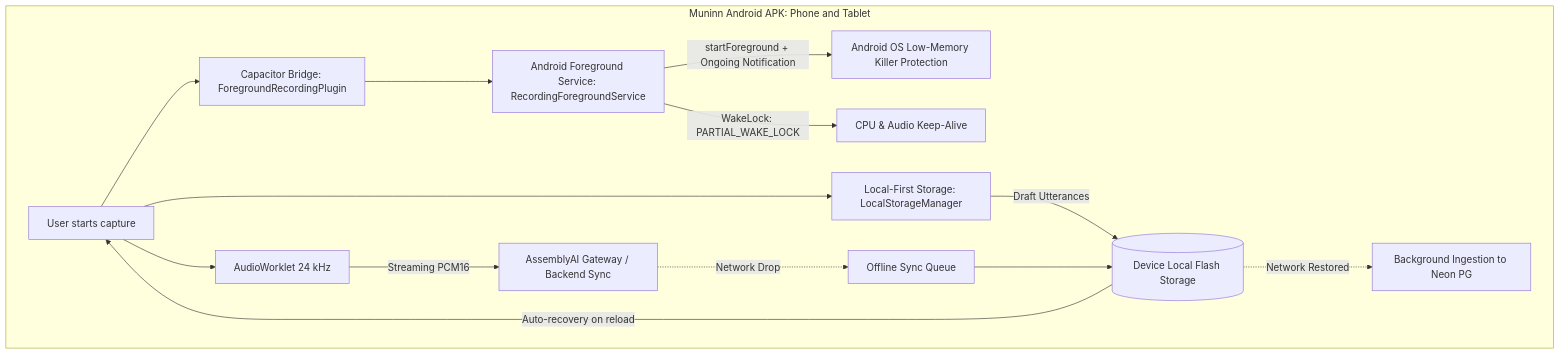
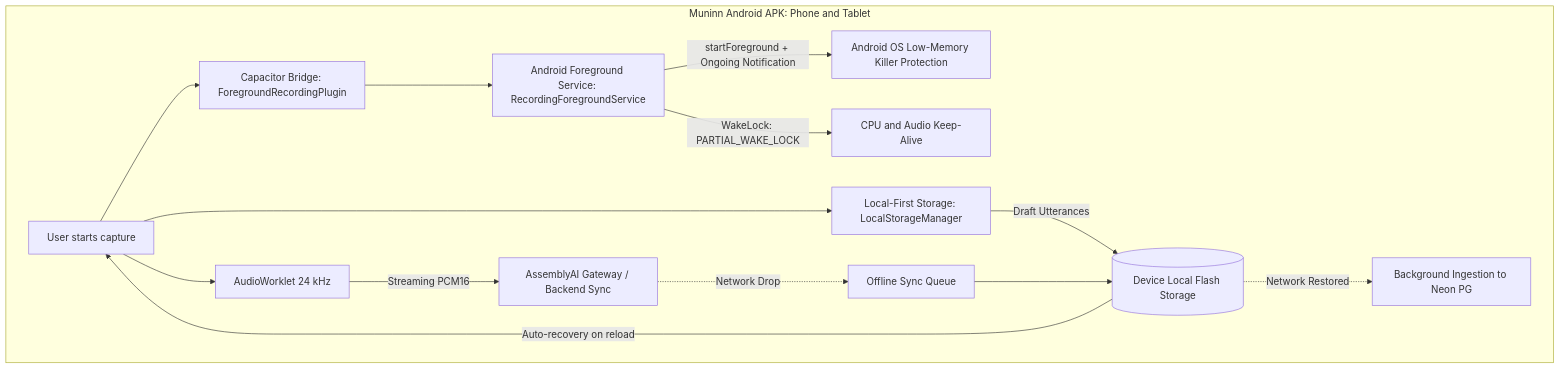
The sixth of 6 diagrams in README.md (Erebuzzz/Muninn), drawn with Mermaid before and after one commit. The commit also changed other lines of this file and 3 other files, not shown here.

Commit message:
Update docs, system design diagrams, and add submission banner

````diff
--- a/README.md
+++ b/README.md
@@ -243,20 +294,20 @@
 ```mermaid
 flowchart TD
     subgraph AndroidApp [Muninn Android APK: Phone and Tablet]
         A[User starts capture] --> B[Capacitor Bridge: ForegroundRecordingPlugin]
         B --> C[Android Foreground Service: RecordingForegroundService]
         C -->|startForeground + Ongoing Notification| D[Android OS Low-Memory Killer Protection]
-        C -->|WakeLock: PARTIAL_WAKE_LOCK| E[CPU & Audio Keep-Alive]
+        C -->|WakeLock: PARTIAL_WAKE_LOCK| E[CPU and Audio Keep-Alive]
         
         A --> F[Local-First Storage: LocalStorageManager]
         F -->|Draft Utterances| G[(Device Local Flash Storage)]
         G -->|Auto-recovery on reload| A
         
         A --> H[AudioWorklet 24 kHz]
         H -->|Streaming PCM16| I[AssemblyAI Gateway / Backend Sync]
         
         I -.->|Network Drop| J[Offline Sync Queue]
         J --> G
         G -.->|Network Restored| K[Background Ingestion to Neon PG]
     end
 ```
````
